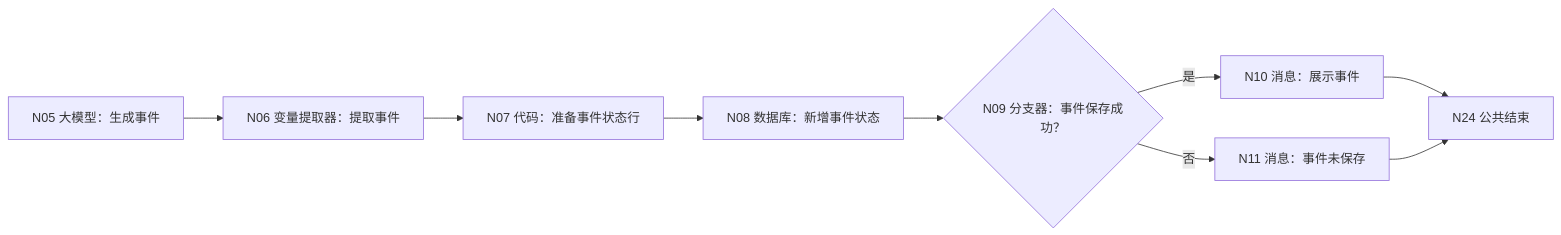
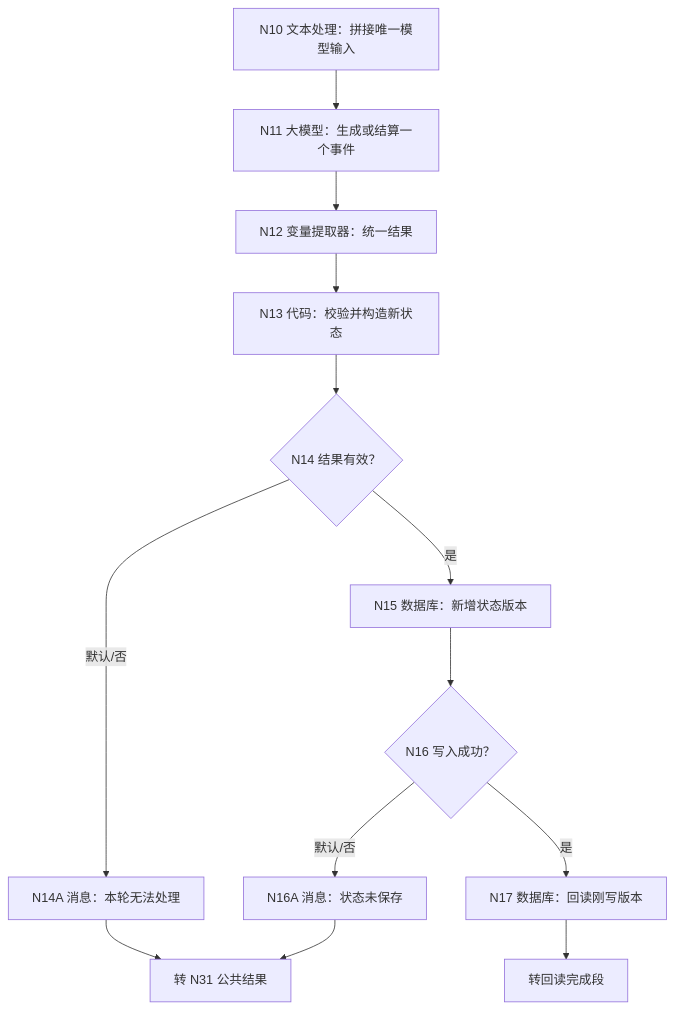
The second of 3 diagrams in docs/workflows/WF-02-virtual-university.md (caoyue0115/university-life-planning-simulator), drawn with Mermaid before and after one commit. The commit also changed other lines of this file and 15 other files, not shown here.

````diff
--- a/docs/workflows/WF-02-virtual-university.md
+++ b/docs/workflows/WF-02-virtual-university.md
@@ -54,11 +73,15 @@
 ```mermaid
-flowchart LR
-    N05["N05 大模型：生成事件"] --> N06["N06 变量提取器：提取事件"]
-    N06 --> N07["N07 代码：准备事件状态行"]
-    N07 --> N08["N08 数据库：新增事件状态"]
-    N08 --> N09{"N09 分支器：事件保存成功？"}
-    N09 -->|是| N10["N10 消息：展示事件"]
-    N09 -->|否| N11["N11 消息：事件未保存"]
-    N10 --> N24["N24 公共结束"]
-    N11 --> N24
+flowchart TD
+    N10["N10 文本处理：拼接唯一模型输入"] --> N11["N11 大模型：生成或结算一个事件"]
+    N11 --> N12["N12 变量提取器：统一结果"]
+    N12 --> N13["N13 代码：校验并构造新状态"]
+    N13 --> N14{"N14 结果有效？"}
+    N14 -->|默认/否| N14A["N14A 消息：本轮无法处理"]
+    N14 -->|是| N15["N15 数据库：新增状态版本"]
+    N15 --> N16{"N16 写入成功？"}
+    N16 -->|默认/否| N16A["N16A 消息：状态未保存"]
+    N16 -->|是| N17["N17 数据库：回读刚写版本"]
+    N14A --> R["转 N31 公共结果"]
+    N16A --> R
+    N17 --> R2["转回读完成段"]
 ```
````
